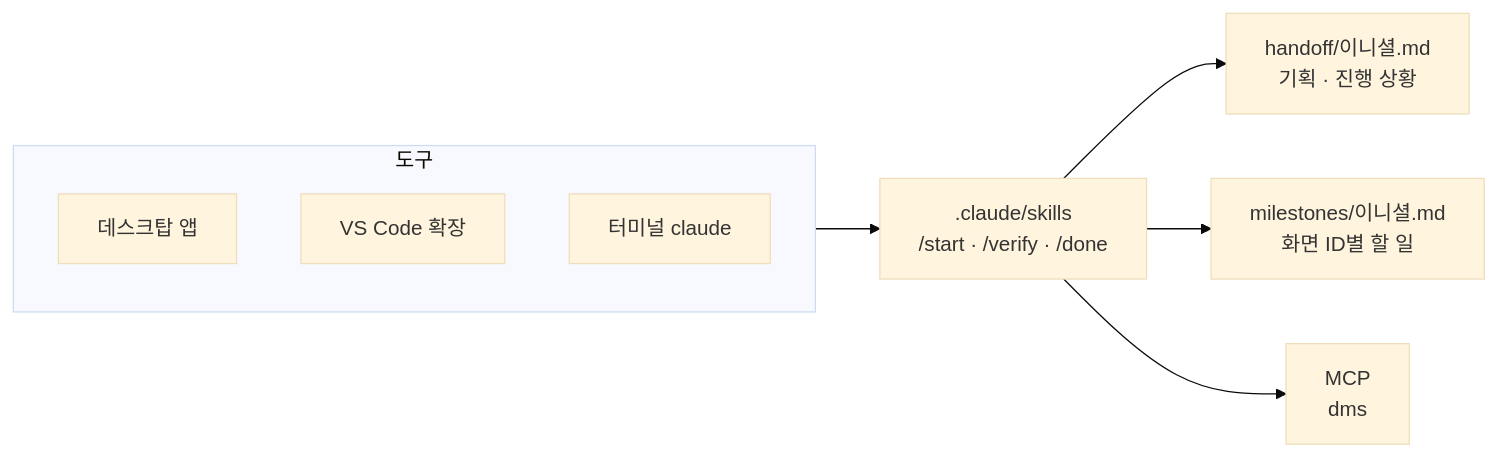
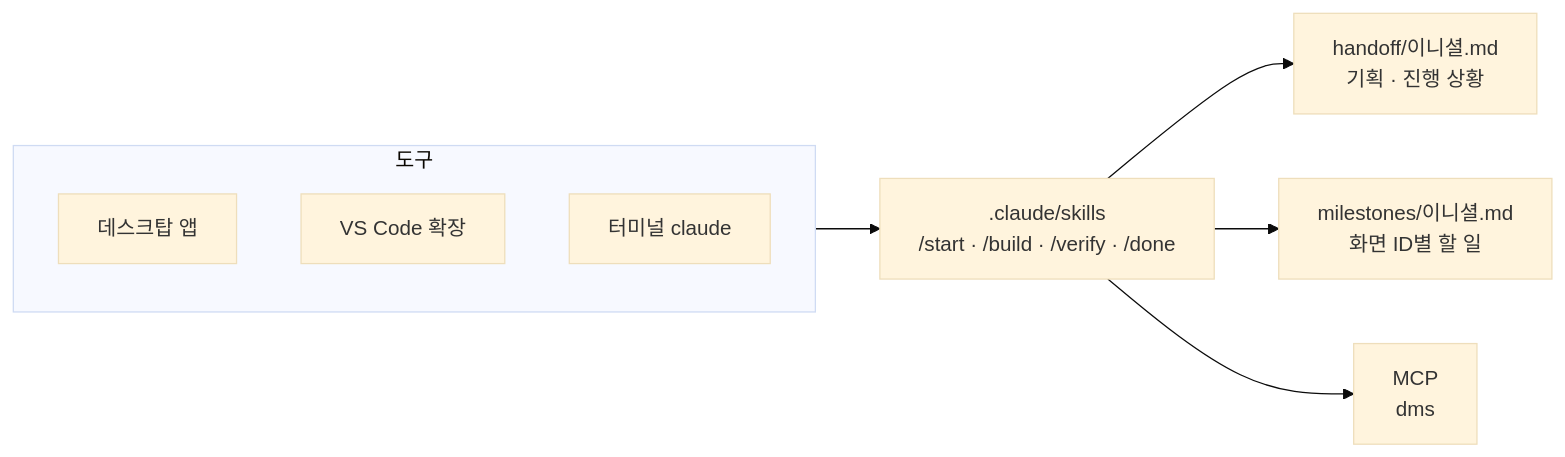
The second of 4 diagrams in README.md (Jung-aejin/nyangmeong-backend), drawn with Mermaid (base theme) before and after one commit. The commit also changed other lines of this file and 12 other files, not shown here.

````diff
--- a/README.md
+++ b/README.md
@@ -81,12 +81,12 @@
 ```mermaid
 flowchart LR
   subgraph tools[도구]
     A[데스크탑 앱]
     B[VS Code 확장]
     C[터미널 claude]
   end
-  tools --> SK[".claude/skills<br/>/start · /verify · /done"]
+  tools --> SK[".claude/skills<br/>/start · /build · /verify · /done"]
   SK --> HO["handoff/이니셜.md<br/>기획 · 진행 상황"]
   SK --> MS["milestones/이니셜.md<br/>화면 ID별 할 일"]
   SK --> MCP["MCP<br/>dms"]
 ```
````
